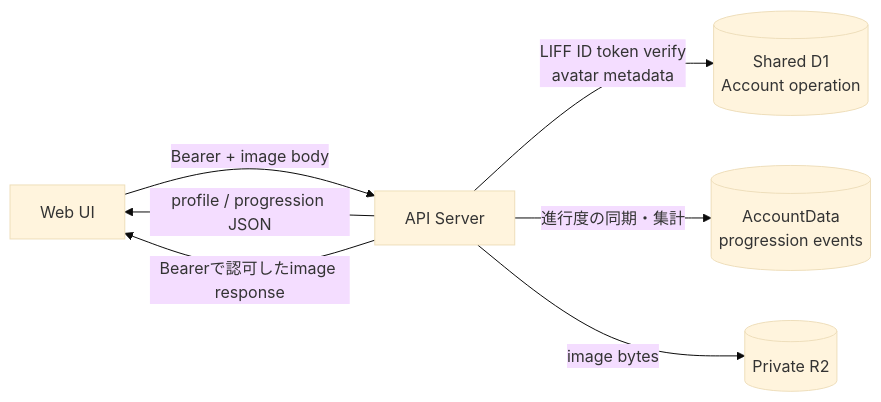
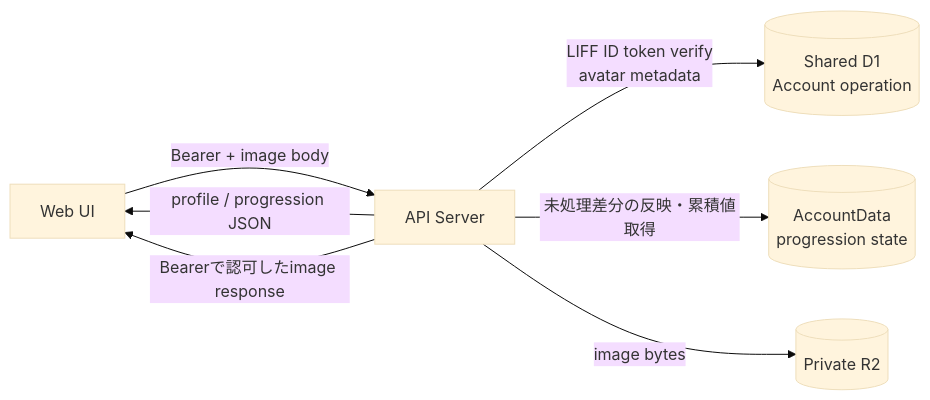
One commit to kkyosuke/me-builder changed the diagram in docs/development/profile-api.md. Above: the diagram before and after it, drawn with Mermaid (base theme). The commit also changed other lines of this file and 13 other files, not shown here.

````diff
--- a/docs/development/profile-api.md
+++ b/docs/development/profile-api.md
@@ -112,9 +112,9 @@
 ```mermaid
 flowchart LR
     W[Web UI] -->|Bearer + image body| API[API Server]
     API -->|LIFF ID token verify<br/>avatar metadata| D1[(Shared D1<br/>Account operation)]
-    API -->|進行度の同期・集計| AD[(AccountData<br/>progression events)]
+    API -->|未処理差分の反映・累積値取得| AD[(AccountData<br/>progression state)]
     API -->|image bytes| R2[(Private R2)]
     API -->|profile / progression JSON| W
     API -->|Bearerで認可したimage response| W
 ```
````
